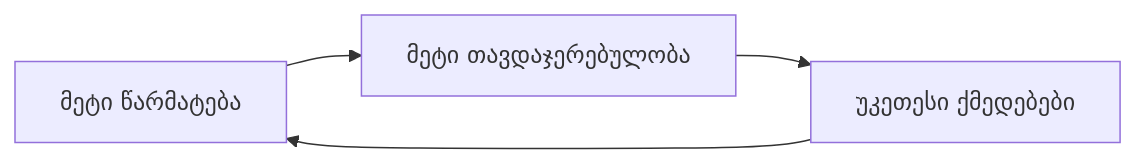
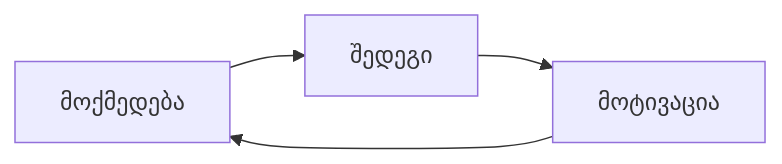
One commit to DavidTbilisi/BookSummary changed the fifth of 25 diagrams in books/src/007.md. Above: the diagram before and after it, drawn with Mermaid. The commit also changed other lines of this file and 10 other files, not shown here.

````diff
--- a/books/src/007.md
+++ b/books/src/007.md
@@ -77,6 +104,6 @@
 ```mermaid
 flowchart LR
-  A[მეტი წარმატება] --> B[მეტი თავდაჯერებულობა]
-  B --> C[უკეთესი ქმედებები]
-  C --> A
+  Action[მოქმედება] --> Result[შედეგი]
+  Result --> Motivation[მოტივაცია]
+  Motivation --> Action
 ```
````
